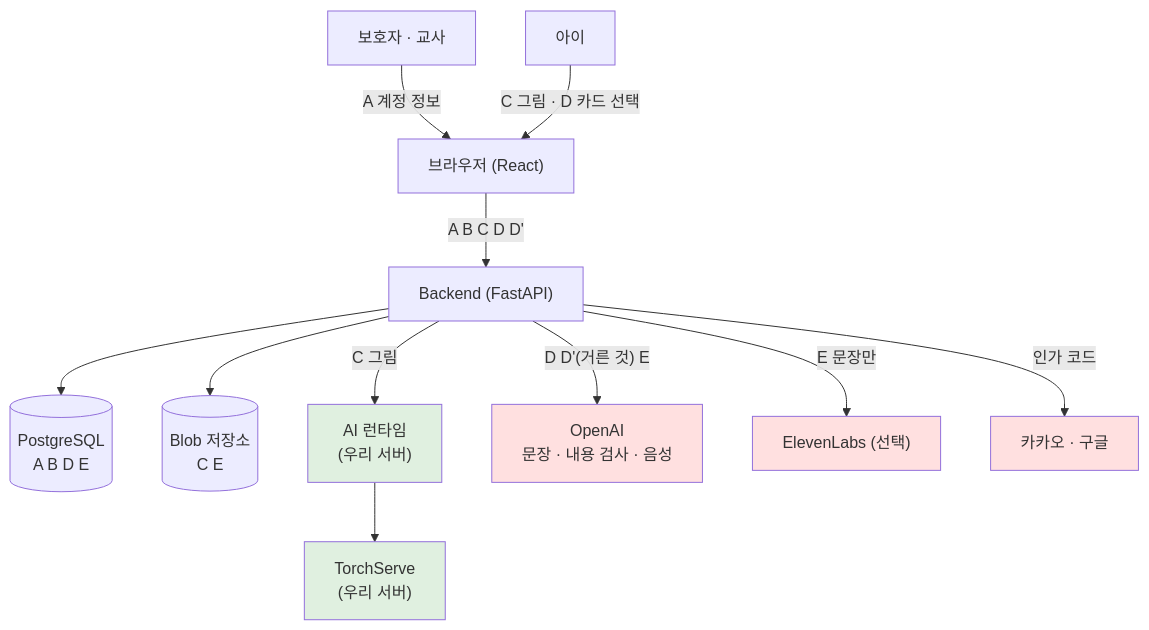
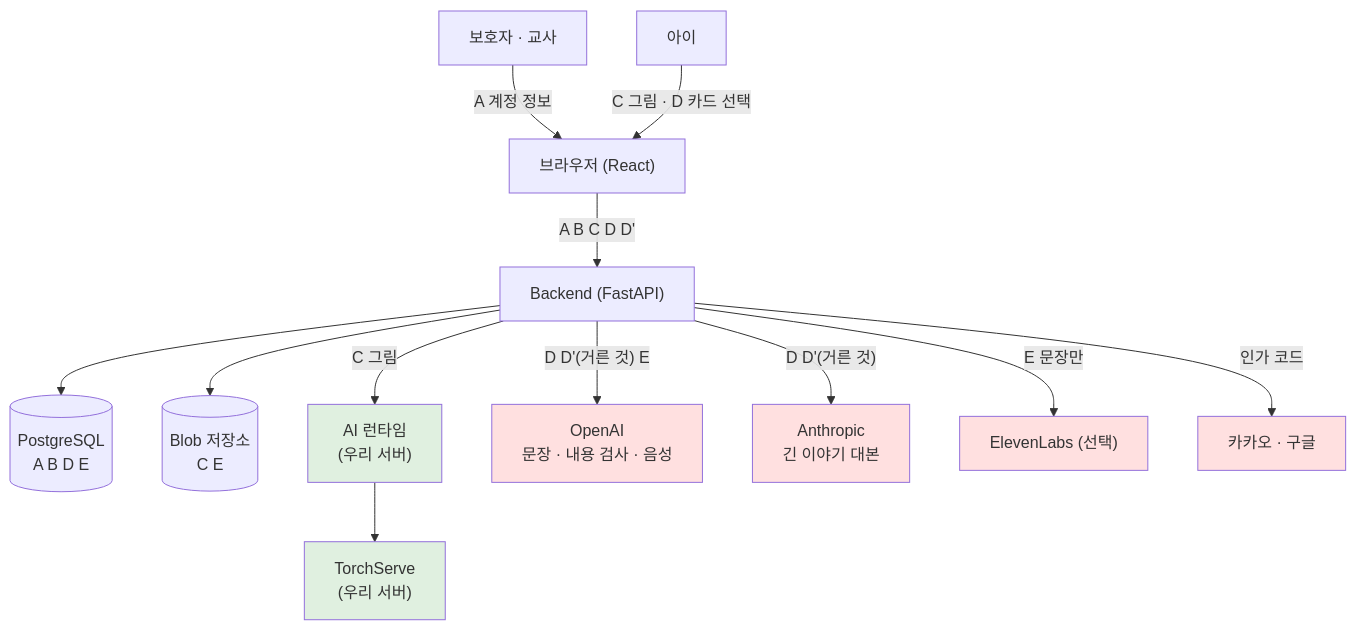
Before and after one commit to seominji58/drawtale-pt_docs: the diagram in policy/데이터-처리-지도.md, drawn with Mermaid. The commit also changed other lines of this file and 18 other files, not shown here.

````diff
--- a/policy/데이터-처리-지도.md
+++ b/policy/데이터-처리-지도.md
@@ -38,22 +38,24 @@
 ```mermaid
 flowchart TB
     G["보호자 · 교사"] -->|"A 계정 정보"| FE
     C["아이"] -->|"C 그림 · D 카드 선택"| FE["브라우저 (React)"]
 
     FE -->|"A B C D D'"| BE["Backend (FastAPI)"]
 
     BE --> DB[("PostgreSQL<br/>A B D E")]
     BE --> BLOB[("Blob 저장소<br/>C E")]
     BE -->|"C 그림"| AI["AI 런타임<br/>(우리 서버)"]
     AI --> TS["TorchServe<br/>(우리 서버)"]
 
     BE -->|"D D'(거른 것) E"| OAI["OpenAI<br/>문장 · 내용 검사 · 음성"]
+    BE -->|"D D'(거른 것)"| ANT["Anthropic<br/>긴 이야기 대본"]
     BE -->|"E 문장만"| EL["ElevenLabs (선택)"]
     BE -->|"인가 코드"| OAUTH["카카오 · 구글"]
 
     style OAI fill:#ffe0e0
+    style ANT fill:#ffe0e0
     style EL fill:#ffe0e0
     style OAUTH fill:#ffe0e0
     style AI fill:#e0f0e0
     style TS fill:#e0f0e0
 ```
````
